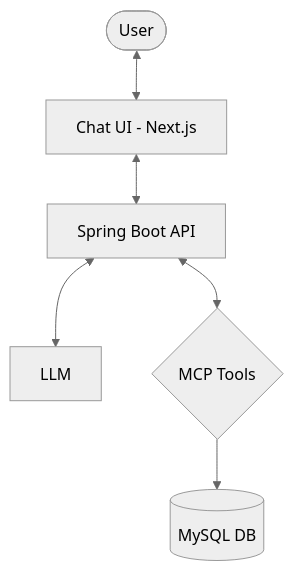
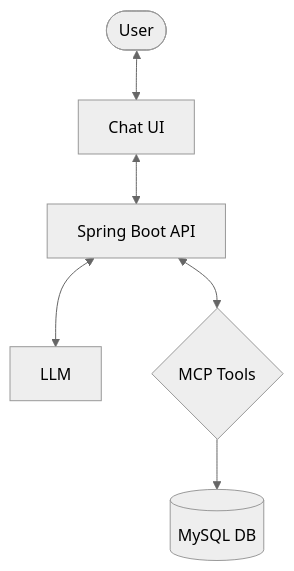
The diagram in readme.md (ketan27j/spring-ai-hello), drawn with Mermaid (neutral theme) before and after one commit.

````diff
--- a/readme.md
+++ b/readme.md
@@ -11,8 +11,8 @@
 ```mermaid
 graph TD
-    User([User]) <--> UI[Chat UI - Next.js]
+    User([User]) <--> UI[Chat UI]
     UI <--> API[Spring Boot API]
     API <--> LLM
     API <--> Tools{MCP Tools}
     Tools --> DB[(MySQL DB)]
 ```
````
